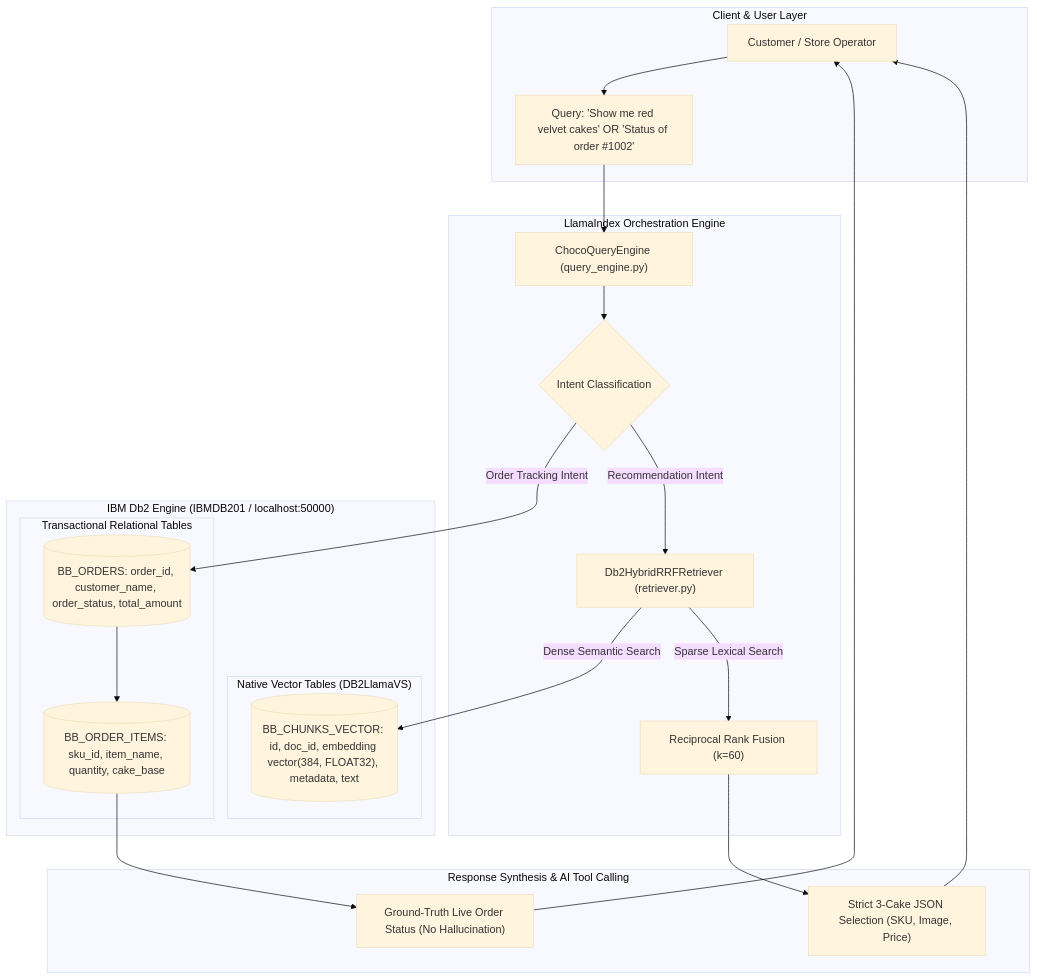
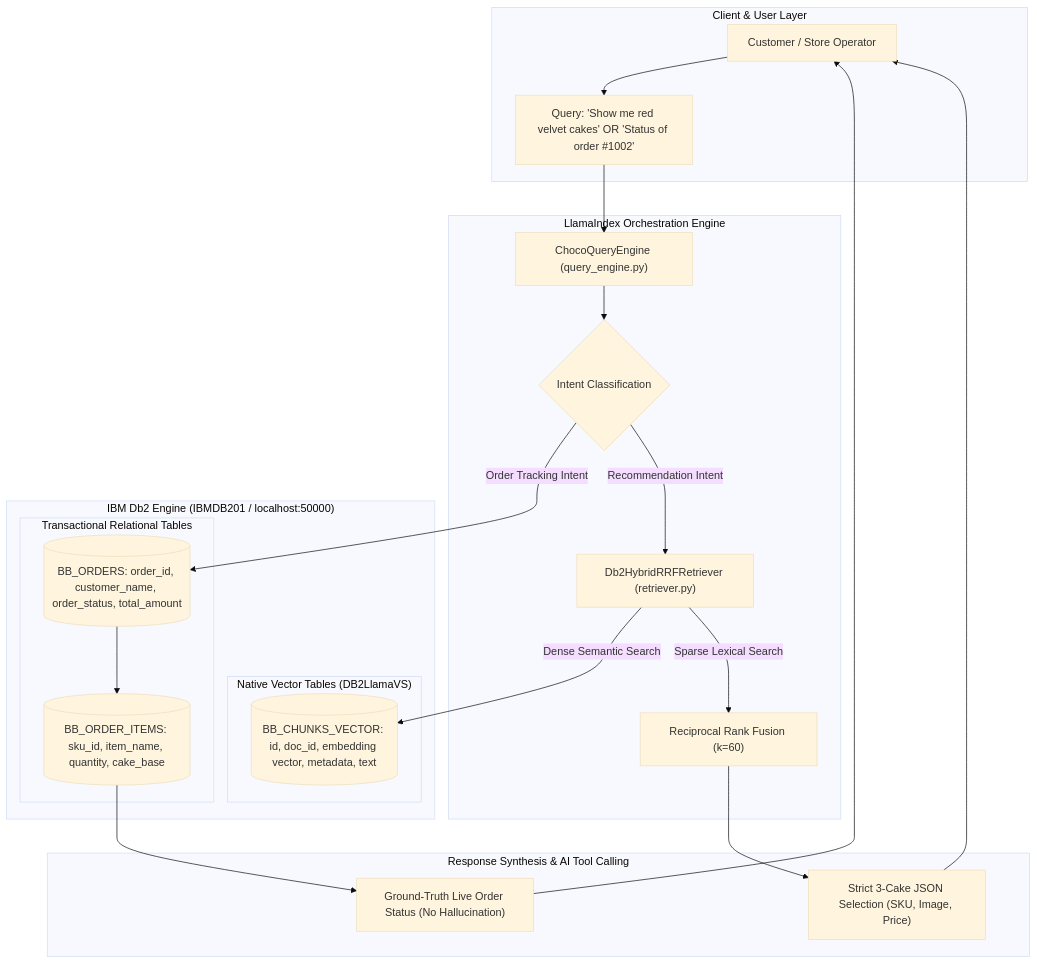
Before and after one commit to AYUSHDHANGAR/BAKE_BOX--AI-ASSISTENT-FOR-BAKERY: the diagram in submissions/bakebox-choco-ai/architecture.md, drawn with Mermaid (base theme). The commit also changed other lines of this file and 2 other files, not shown here.

Commit message:
docs(bakebox-choco-ai): update dual-perspective overview, architecture, and submission metadata

````diff
--- a/submissions/bakebox-choco-ai/architecture.md
+++ b/submissions/bakebox-choco-ai/architecture.md
@@ -17,45 +45,45 @@
 ```mermaid
 flowchart TD
     subgraph Client ["Client & User Layer"]
         User["Customer / Store Operator"]
         Query["Query: 'Show me red velvet cakes' OR 'Status of order #1002'"]
     end
 
     subgraph Orchestration ["LlamaIndex Orchestration Engine"]
         Engine["ChocoQueryEngine (query_engine.py)"]
         IntentRouter{"Intent Classification"}
         HybridRetriever["Db2HybridRRFRetriever (retriever.py)"]
         RRF["Reciprocal Rank Fusion (k=60)"]
     end
 
     subgraph IBM_Db2 ["IBM Db2 Engine (IBMDB201 / localhost:50000)"]
         subgraph VectorStore ["Native Vector Tables (DB2LlamaVS)"]
-            BB_VECTORS[("BB_CHUNKS_VECTOR: id, doc_id, embedding vector(384, FLOAT32), metadata, text")]
+            BB_VECTORS[("BB_CHUNKS_VECTOR: id, doc_id, embedding vector, metadata, text")]
         end
         subgraph RelationalStore ["Transactional Relational Tables"]
             BB_ORDERS[("BB_ORDERS: order_id, customer_name, order_status, total_amount")]
             BB_ORDER_ITEMS[("BB_ORDER_ITEMS: sku_id, item_name, quantity, cake_base")]
         end
     end
 
     subgraph ResponseGen ["Response Synthesis & AI Tool Calling"]
         Cards["Strict 3-Cake JSON Selection (SKU, Image, Price)"]
         OrderReport["Ground-Truth Live Order Status (No Hallucination)"]
     end
 
     User --> Query
     Query --> Engine
     Engine --> IntentRouter
     
     IntentRouter -- "Order Tracking Intent" --> BB_ORDERS
     BB_ORDERS --> BB_ORDER_ITEMS
     BB_ORDER_ITEMS --> OrderReport
 
     IntentRouter -- "Recommendation Intent" --> HybridRetriever
     HybridRetriever -- "Dense Semantic Search" --> BB_VECTORS
     HybridRetriever -- "Sparse Lexical Search" --> RRF
     RRF --> Cards
 
     OrderReport --> User
     Cards --> User
 ```
````
